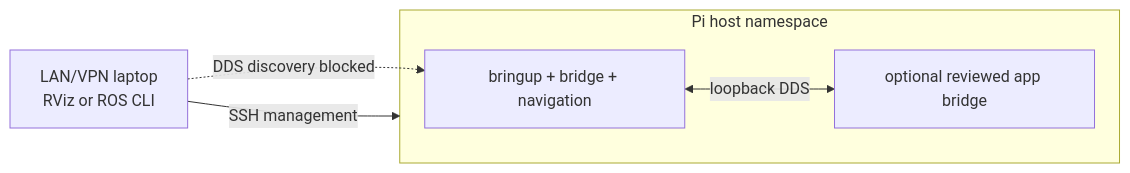
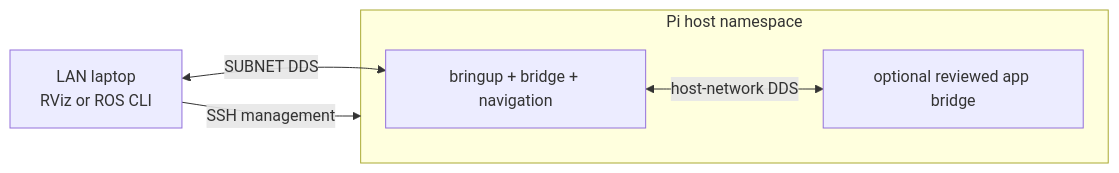
The diagram in docs/deployment/remote-operation.md (cmu-impactlab/patrolbot), drawn with Mermaid before and after one commit. The commit also changed other lines of this file and 15 other files, not shown here.

````diff
--- a/docs/deployment/remote-operation.md
+++ b/docs/deployment/remote-operation.md
@@ -31,9 +34,9 @@
 ```mermaid
 flowchart LR
     subgraph PI["Pi host namespace"]
         CORE["bringup + bridge + navigation"]
-        CORE <-->|"loopback DDS"| APP["optional reviewed app bridge"]
+        CORE <-->|"host-network DDS"| APP["optional reviewed app bridge"]
     end
-    LAP["LAN/VPN laptop\nRViz or ROS CLI"] -. "DDS discovery blocked" .-> CORE
+    LAP["LAN laptop\nRViz or ROS CLI"] <-->|"SUBNET DDS"| CORE
     LAP -->|"SSH management"| PI
 ```
````
